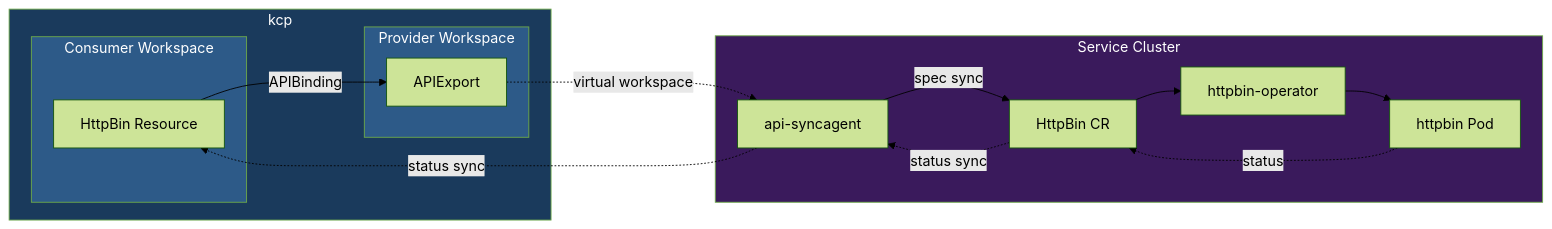
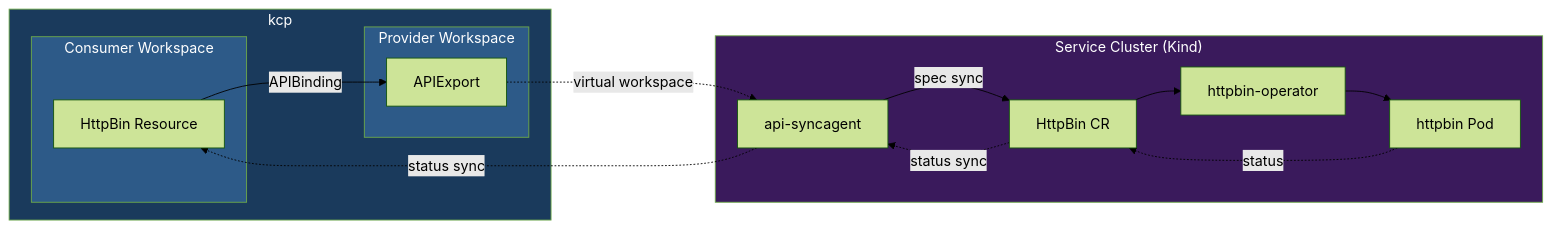
One commit to platform-mesh/platform-mesh.github.io changed the first of 2 diagrams in guides/provider-quick-start.md. Above: the diagram before and after it, drawn with Mermaid (forest theme). The commit also changed other lines of this file, not shown here.

````diff
--- a/guides/provider-quick-start.md
+++ b/guides/provider-quick-start.md
@@ -32,32 +40,32 @@
 ```mermaid
 flowchart LR
     subgraph kcp["kcp"]
         subgraph cw["Consumer Workspace"]
             httpbin_res["HttpBin Resource"]
         end
         subgraph pw["Provider Workspace"]
             apiexport["APIExport"]
         end
     end
 
-    subgraph sc["Service Cluster"]
+    subgraph sc["Service Cluster (Kind)"]
         agent["api-syncagent"]
         httpbin_local["HttpBin CR"]
         operator["httpbin-operator"]
         pod["httpbin Pod"]
     end
 
     httpbin_res -- "APIBinding" --> apiexport
     apiexport -. "virtual workspace" .-> agent
     agent -- "spec sync" --> httpbin_local
     httpbin_local --> operator
     operator --> pod
     pod -. "status" .-> httpbin_local
     httpbin_local -. "status sync" .-> agent
     agent -. "status sync" .-> httpbin_res
 
     style kcp fill:#1a3a5c,color:#fff
     style cw fill:#2d5a88,color:#fff
     style pw fill:#2d5a88,color:#fff
     style sc fill:#3a1a5c,color:#fff
 ```
````
